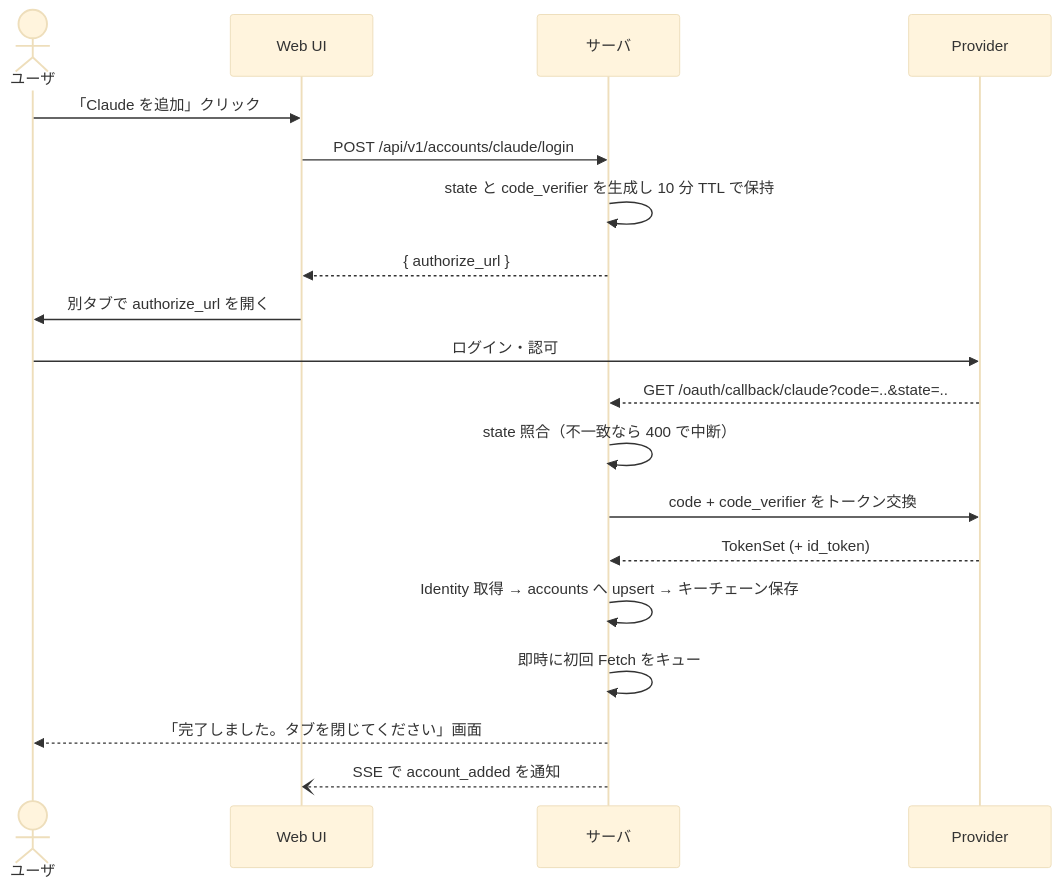
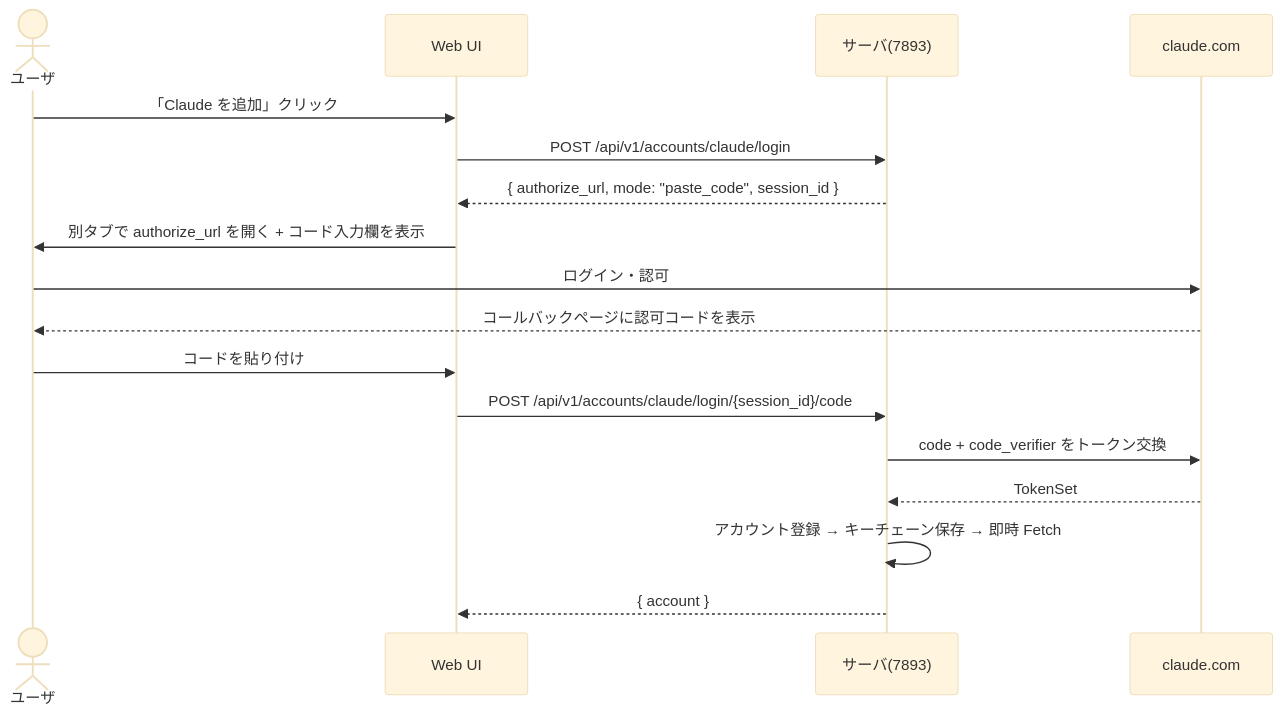
The fourth of 5 diagrams in docs/design.md (reki2000/llm-limits), drawn with Mermaid (base theme) before and after one commit. The commit also changed other lines of this file and 1 other file, not shown here.

````diff
--- a/docs/design.md
+++ b/docs/design.md
@@ -383,22 +567,20 @@
 ```mermaid
 sequenceDiagram
   actor U as ユーザ
   participant UI as Web UI
-  participant S as サーバ
-  participant P as Provider
+  participant S as サーバ(7893)
+  participant P as claude.com
 
   U->>UI: 「Claude を追加」クリック
   UI->>S: POST /api/v1/accounts/claude/login
-  S->>S: state と code_verifier を生成し 10 分 TTL で保持
-  S-->>UI: { authorize_url }
-  UI->>U: 別タブで authorize_url を開く
+  S-->>UI: { authorize_url, mode: "paste_code", session_id }
+  UI->>U: 別タブで authorize_url を開く + コード入力欄を表示
   U->>P: ログイン・認可
-  P-->>S: GET /oauth/callback/claude?code=..&state=..
-  S->>S: state 照合（不一致なら 400 で中断）
+  P-->>U: コールバックページに認可コードを表示
+  U->>UI: コードを貼り付け
+  UI->>S: POST /api/v1/accounts/claude/login/{session_id}/code
   S->>P: code + code_verifier をトークン交換
-  P-->>S: TokenSet (+ id_token)
-  S->>S: Identity 取得 → accounts へ upsert → キーチェーン保存
-  S->>S: 即時に初回 Fetch をキュー
-  S-->>U: 「完了しました。タブを閉じてください」画面
-  S--)UI: SSE で account_added を通知
+  P-->>S: TokenSet
+  S->>S: アカウント登録 → キーチェーン保存 → 即時 Fetch
+  S-->>UI: { account }
 ```
````
